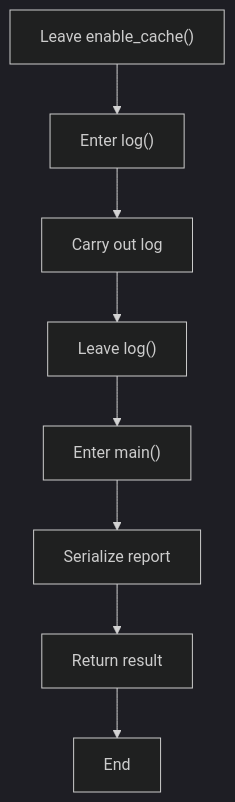
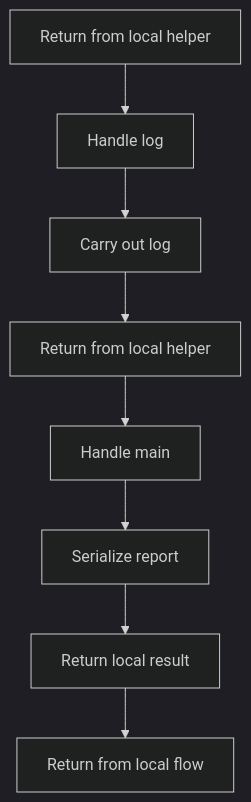
The second of 7 diagrams in docs/Codebase/LegacyPatternTransformSamples/legacy_singleton_to_factory_sample.cpp.md (JohnAndrewBalbarosa/NeoTerritory), drawn with Mermaid (dark theme) before and after one commit. The commit also changed other lines of this file and 915 other files, not shown here.

````diff
--- a/docs/Codebase/LegacyPatternTransformSamples/legacy_singleton_to_factory_sample.cpp.md
+++ b/docs/Codebase/LegacyPatternTransformSamples/legacy_singleton_to_factory_sample.cpp.md
@@ -49,18 +48,18 @@
 ```mermaid
 flowchart TD
-    N0["Leave enable_cache()"]
-    N1["Enter log()"]
+    N0["Return from local helper"]
+    N1["Handle log"]
     N2["Carry out log"]
-    N3["Leave log()"]
-    N4["Enter main()"]
+    N3["Return from local helper"]
+    N4["Handle main"]
     N5["Serialize report"]
-    N6["Return result"]
-    N7["End"]
+    N6["Return local result"]
+    N7["Return from local flow"]
     N0 --> N1
     N1 --> N2
     N2 --> N3
     N3 --> N4
     N4 --> N5
     N5 --> N6
     N6 --> N7
 ```
````
